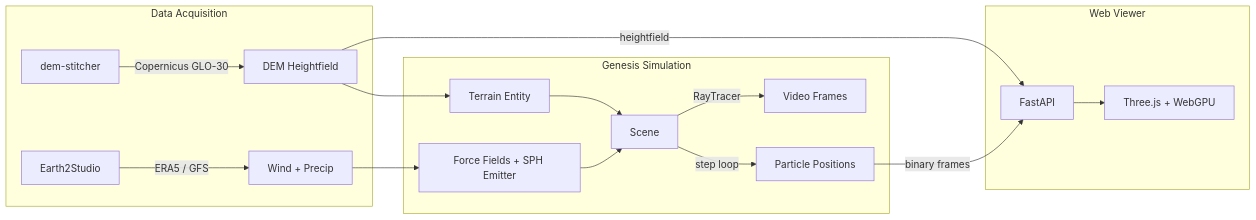
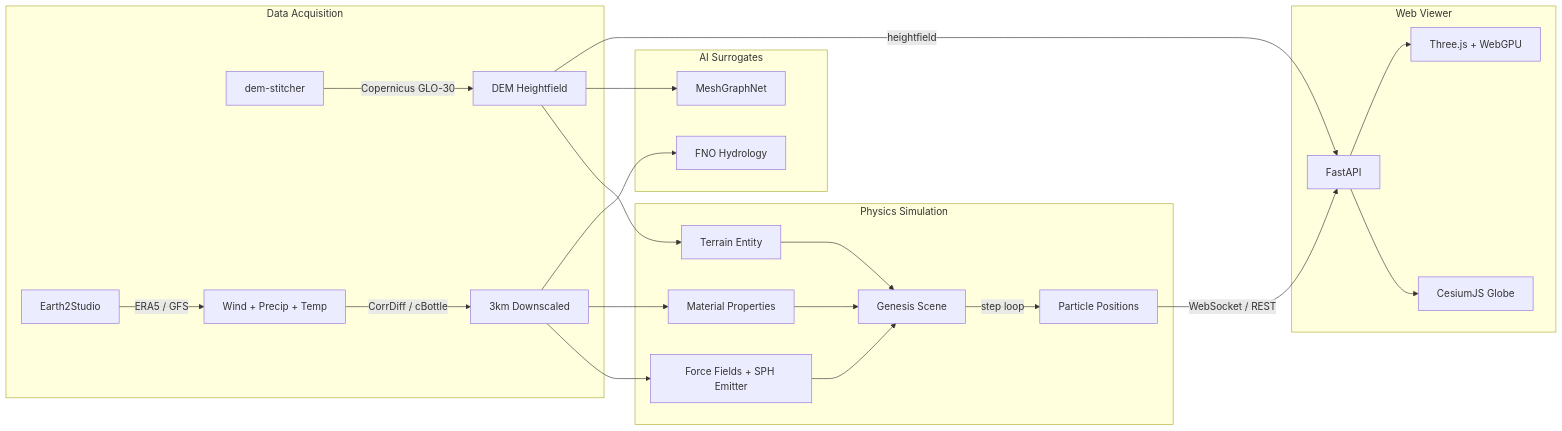
Before and after one commit to 2imi9/esimulab: the diagram in README.md, drawn with Mermaid. The commit also changed other lines of this file, not shown here.

````diff
--- a/README.md
+++ b/README.md
@@ -7,22 +7,30 @@
 ```mermaid
 graph LR
     subgraph Data Acquisition
         A[dem-stitcher] -->|Copernicus GLO-30| B[DEM Heightfield]
-        C[Earth2Studio] -->|ERA5 / GFS| D[Wind + Precip]
+        C[Earth2Studio] -->|ERA5 / GFS| D[Wind + Precip + Temp]
+        D -->|CorrDiff / cBottle| D2[3km Downscaled]
     end
 
-    subgraph Genesis Simulation
+    subgraph Physics Simulation
         B --> E[Terrain Entity]
-        D --> F[Force Fields + SPH Emitter]
-        E --> G[Scene]
-        F --> G
-        G -->|step loop| H[Particle Positions]
-        G -->|RayTracer| I[Video Frames]
+        D2 --> F[Force Fields + SPH Emitter]
+        D2 --> G[Material Properties]
+        E --> H[Genesis Scene]
+        F --> H
+        G --> H
+        H -->|step loop| I[Particle Positions]
+    end
+
+    subgraph AI Surrogates
+        B --> J[MeshGraphNet]
+        D2 --> K[FNO Hydrology]
     end
 
     subgraph Web Viewer
-        H -->|binary frames| J[FastAPI]
-        B -->|heightfield| J
-        J --> K[Three.js + WebGPU]
+        I -->|WebSocket / REST| L[FastAPI]
+        B -->|heightfield| L
+        L --> M[CesiumJS Globe]
+        L --> N[Three.js + WebGPU]
     end
 ```
````
